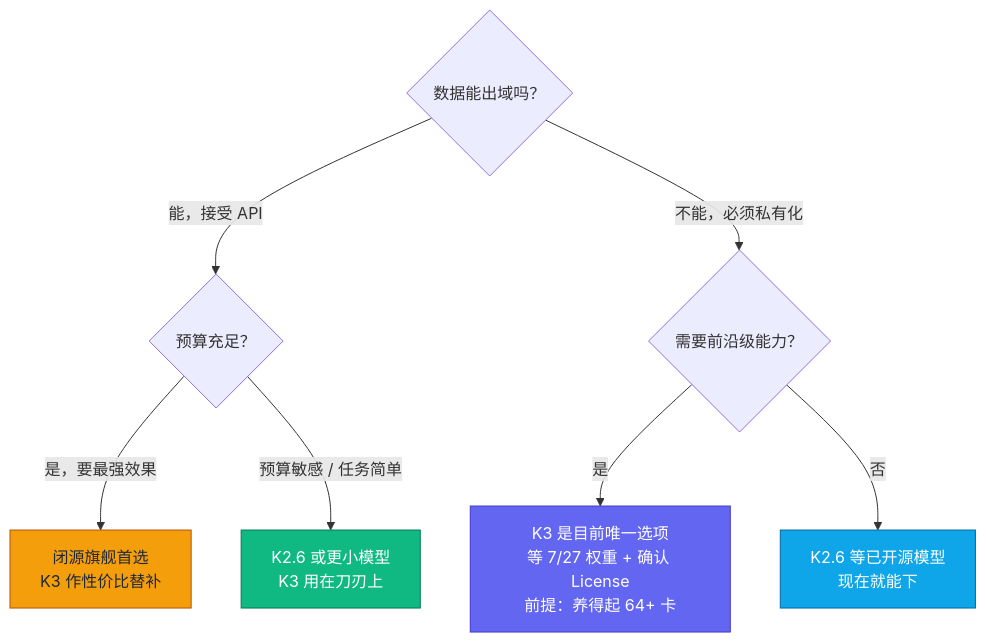
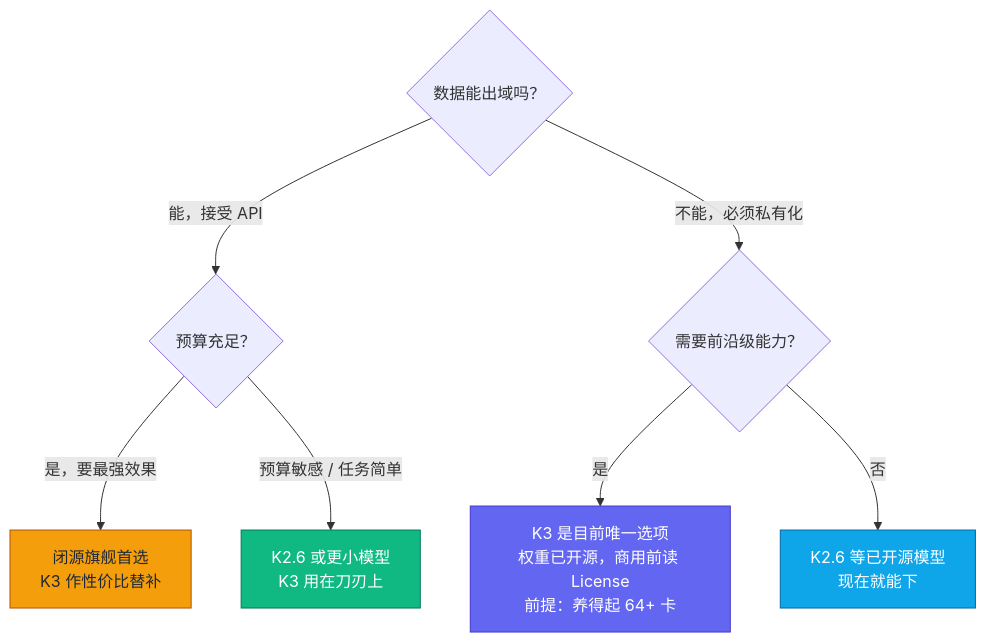
One commit to WonderfulClaire/kimi-k3-deep-dive changed the diagram in docs/benchmarks.md. Above: the diagram before and after it, drawn with Mermaid. The commit also changed other lines of this file and 6 other files, not shown here.

````diff
--- a/docs/benchmarks.md
+++ b/docs/benchmarks.md
@@ -68,13 +68,13 @@
 ```mermaid
 flowchart TD
     Q1{"数据能出域吗？"} -->|"能，接受 API"| Q2{"预算充足？"}
     Q1 -->|"不能，必须私有化"| Q3{"需要前沿级能力？"}
     Q2 -->|"是，要最强效果"| A1["闭源旗舰首选<br/>K3 作性价比替补"]
     Q2 -->|"预算敏感 / 任务简单"| A2["K2.6 或更小模型<br/>K3 用在刀刃上"]
-    Q3 -->|"是"| A3["K3 是目前唯一选项<br/>等 7/27 权重 + 确认 License<br/>前提：养得起 64+ 卡"]
+    Q3 -->|"是"| A3["K3 是目前唯一选项<br/>权重已开源，商用前读 License<br/>前提：养得起 64+ 卡"]
     Q3 -->|"否"| A4["K2.6 等已开源模型<br/>现在就能下"]
     style A1 fill:#f59e0b,stroke:#b45309,color:#1f2937
     style A2 fill:#10b981,stroke:#047857,color:#fff
     style A3 fill:#6366f1,stroke:#4338ca,color:#fff
     style A4 fill:#0ea5e9,stroke:#0369a1,color:#fff
 ```
````
